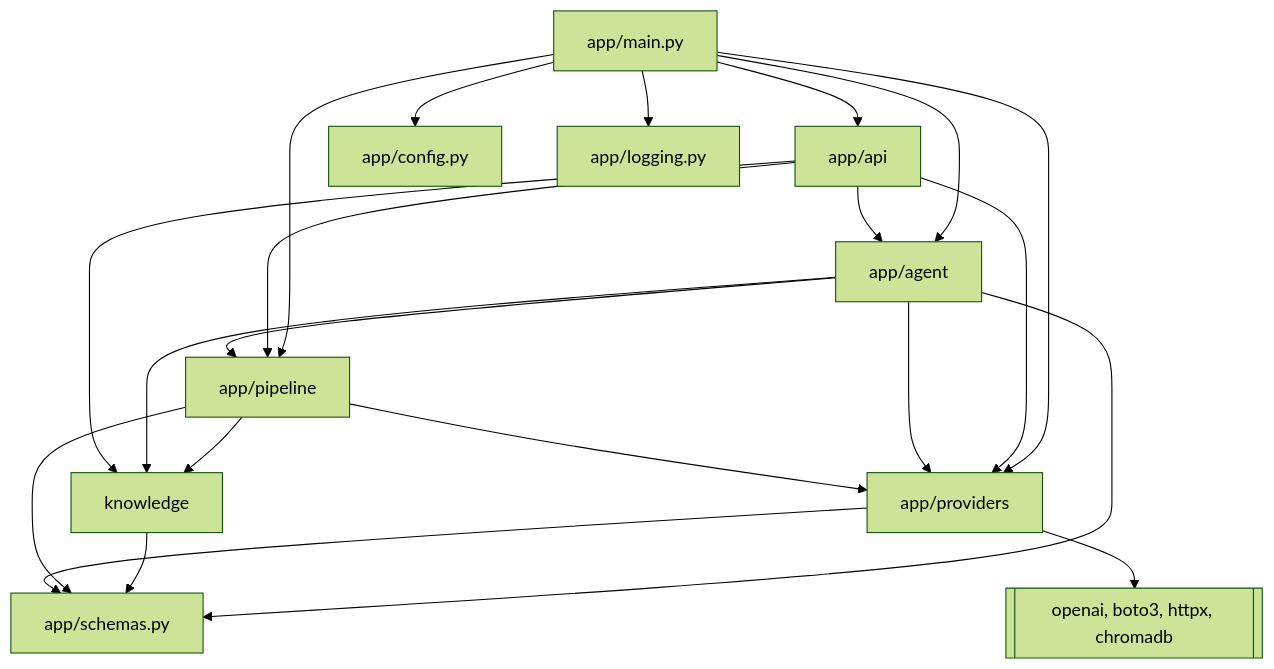
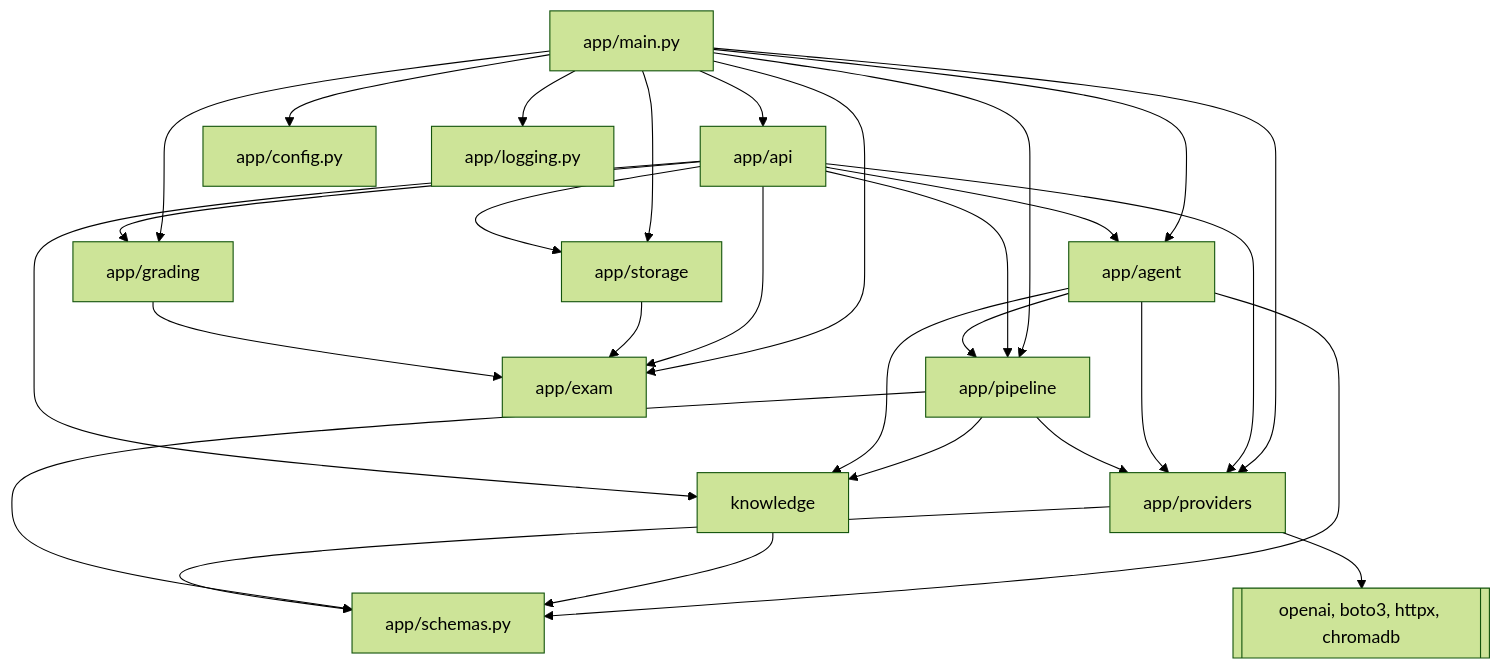
Before and after one commit to monitus2022/owl-online: the second of 7 diagrams in docs/architecture.md, drawn with Mermaid (forest theme). The commit also changed other lines of this file and 13 other files, not shown here.

````diff
--- a/docs/architecture.md
+++ b/docs/architecture.md
@@ -181,23 +181,31 @@
 ```mermaid
 flowchart TD
   main[app/main.py] --> api[app/api]
   main --> agent[app/agent]
   main --> pipeline[app/pipeline]
   main --> providers[app/providers]
+  main --> storage[app/storage]
+  main --> exam[app/exam]
+  main --> grading[app/grading]
   main --> config[app/config.py]
   main --> log[app/logging.py]
   api --> agent
   api --> pipeline
   api --> providers
+  api --> storage
+  api --> exam
+  api --> grading
   agent --> pipeline
   pipeline --> knowledge
   agent --> knowledge
   api --> knowledge
   agent --> providers
   agent --> schemas
   knowledge --> schemas
   pipeline --> providers
   pipeline --> schemas[app/schemas.py]
   providers --> schemas
+  storage --> exam
+  grading --> exam
   providers --> sdk[[openai, boto3, httpx, chromadb]]
 ```
````
